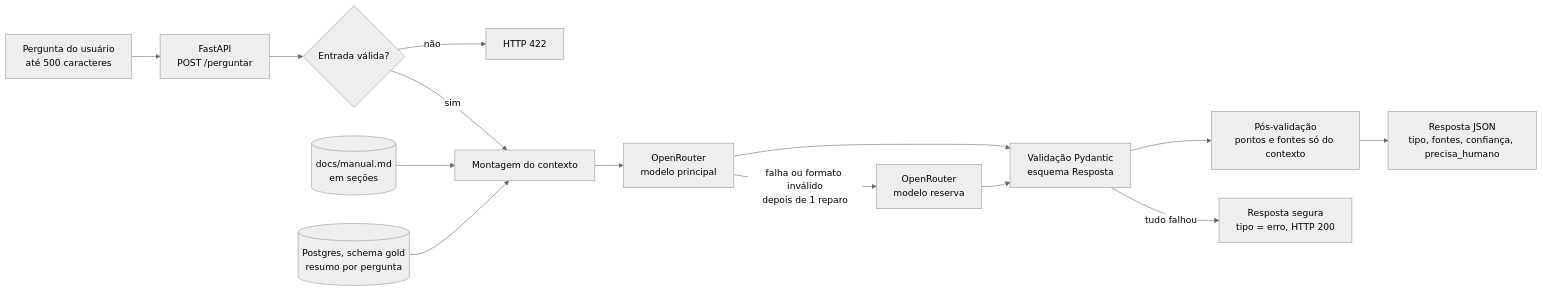
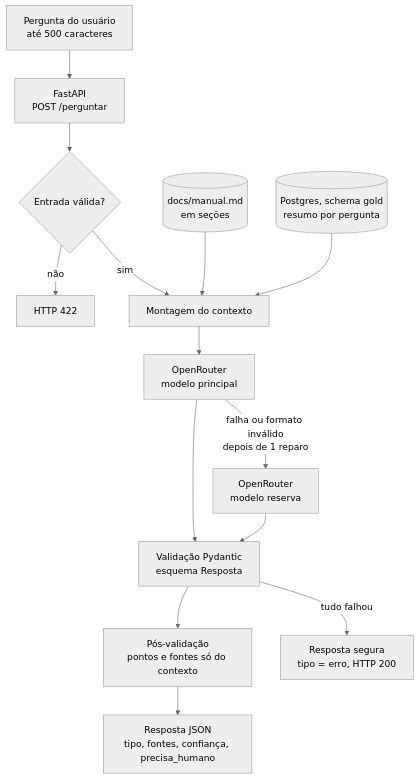
Before and after one commit to rafadagalera/urbanflow: the first of 2 diagrams in assistente/README.md, drawn with Mermaid (neutral theme). The commit also changed other lines of this file and 8 other files, not shown here.

````diff
--- a/assistente/README.md
+++ b/assistente/README.md
@@ -21,16 +21,16 @@
 ```mermaid
-flowchart LR
+flowchart TD
     P[Pergunta do usuário<br/>até 500 caracteres] --> API[FastAPI<br/>POST /perguntar]
     API --> V1{Entrada válida?}
     V1 -- não --> E422[HTTP 422]
     V1 -- sim --> CTX[Montagem do contexto]
     M[(docs/manual.md<br/>em seções)] --> CTX
     G[(Postgres, schema gold<br/>resumo por pergunta)] --> CTX
     CTX --> LLM[OpenRouter<br/>modelo principal]
     LLM -- falha ou formato inválido<br/>depois de 1 reparo --> RES[OpenRouter<br/>modelo reserva]
     LLM --> VAL[Validação Pydantic<br/>esquema Resposta]
     RES --> VAL
     VAL --> POS[Pós-validação<br/>pontos e fontes só do contexto]
     POS --> R[Resposta JSON<br/>tipo, fontes, confiança, precisa_humano]
     VAL -- tudo falhou --> SEG[Resposta segura<br/>tipo = erro, HTTP 200]
 ```
````
